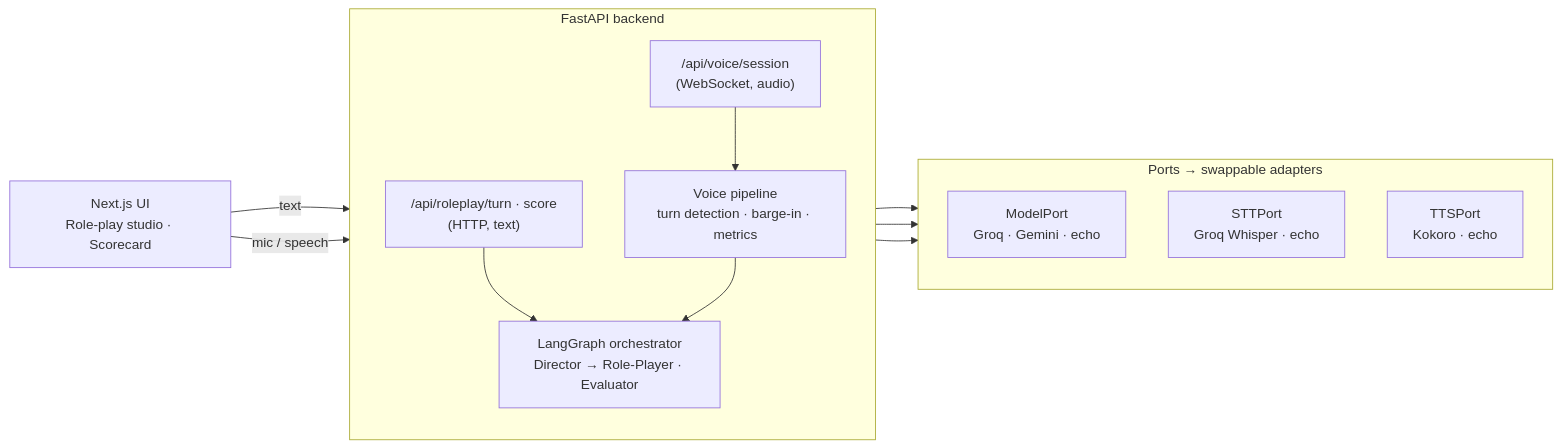
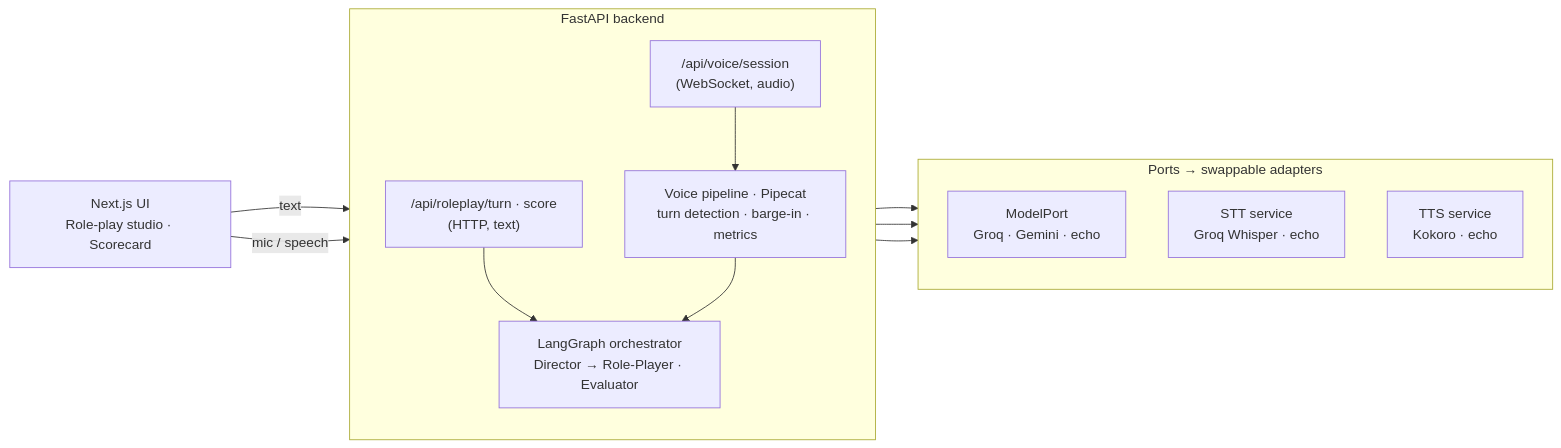
One commit to Zahid-Sarker-7/converse changed the first of 2 diagrams in README.md. Above: the diagram before and after it, drawn with Mermaid. The commit also changed other lines of this file and 26 other files, not shown here.

Commit message:
make pipecat the only voice engine, delete the hand-built pipeline, recalibrate turn endpointing and count pauses within a turn

````diff
--- a/README.md
+++ b/README.md
@@ -52,25 +52,25 @@
 ```mermaid
 flowchart LR
     UI["Next.js UI<br/>Role-play studio · Scorecard"]
 
     subgraph API["FastAPI backend"]
         direction TB
         R["/api/roleplay/turn · score<br/>(HTTP, text)"]
         V["/api/voice/session<br/>(WebSocket, audio)"]
         G["LangGraph orchestrator<br/>Director → Role-Player · Evaluator"]
-        VP["Voice pipeline<br/>turn detection · barge-in · metrics"]
+        VP["Voice pipeline · Pipecat<br/>turn detection · barge-in · metrics"]
     end
 
     subgraph PORTS["Ports → swappable adapters"]
         direction TB
         M["ModelPort<br/>Groq · Gemini · echo"]
-        S["STTPort<br/>Groq Whisper · echo"]
-        T["TTSPort<br/>Kokoro · echo"]
+        S["STT service<br/>Groq Whisper · echo"]
+        T["TTS service<br/>Kokoro · echo"]
     end
 
     UI -- text --> R --> G
     UI -- mic / speech --> V --> VP --> G
     G --> M
     VP --> S
     VP --> T
 ```
````
